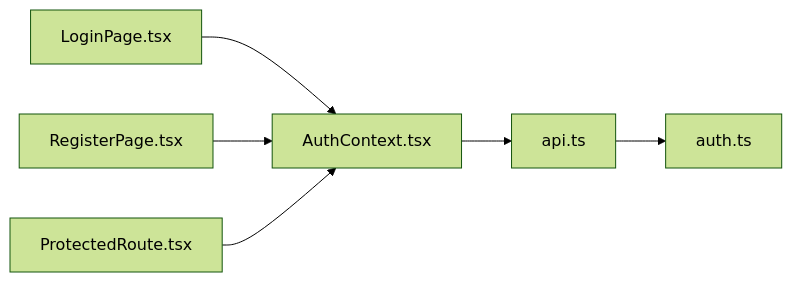
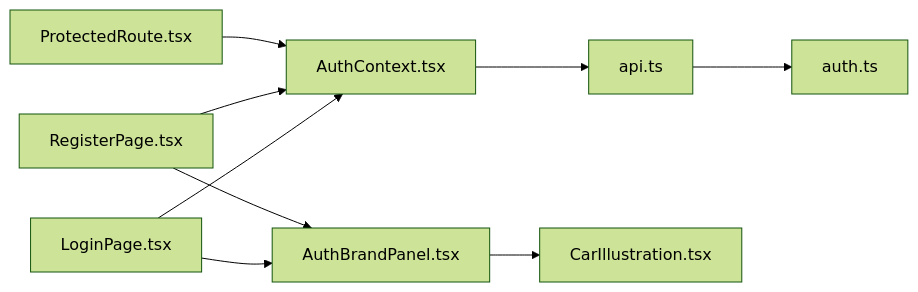
The seventh of 7 diagrams in .qoder/repowiki/en/content/Frontend Documentation/Pages and Views/User Pages/Authentication Pages.md (NaveenHiranya/Smart-Vehicle-Insurance-Claim-System), drawn with Mermaid (forest theme) before and after one commit. The commit also changed other lines of this file and 31 other files, not shown here.

````diff
--- a/.qoder/repowiki/en/content/Frontend Documentation/Pages and Views/User Pages/Authentication Pages.md
+++ b/.qoder/repowiki/en/content/Frontend Documentation/Pages and Views/User Pages/Authentication Pages.md
@@ -247,8 +306,11 @@
 ```mermaid
 graph LR
-LP["LoginPage.tsx"] --> AC["AuthContext.tsx"]
-RP["RegisterPage.tsx"] --> AC
+LP["LoginPage.tsx"] --> ABP["AuthBrandPanel.tsx"]
+RP["RegisterPage.tsx"] --> ABP
+LP --> AC["AuthContext.tsx"]
+RP --> AC
 AC --> API["api.ts"]
 API --> BE["auth.ts"]
 PR["ProtectedRoute.tsx"] --> AC
+ABP --> CI["CarIllustration.tsx"]
 ```
````
